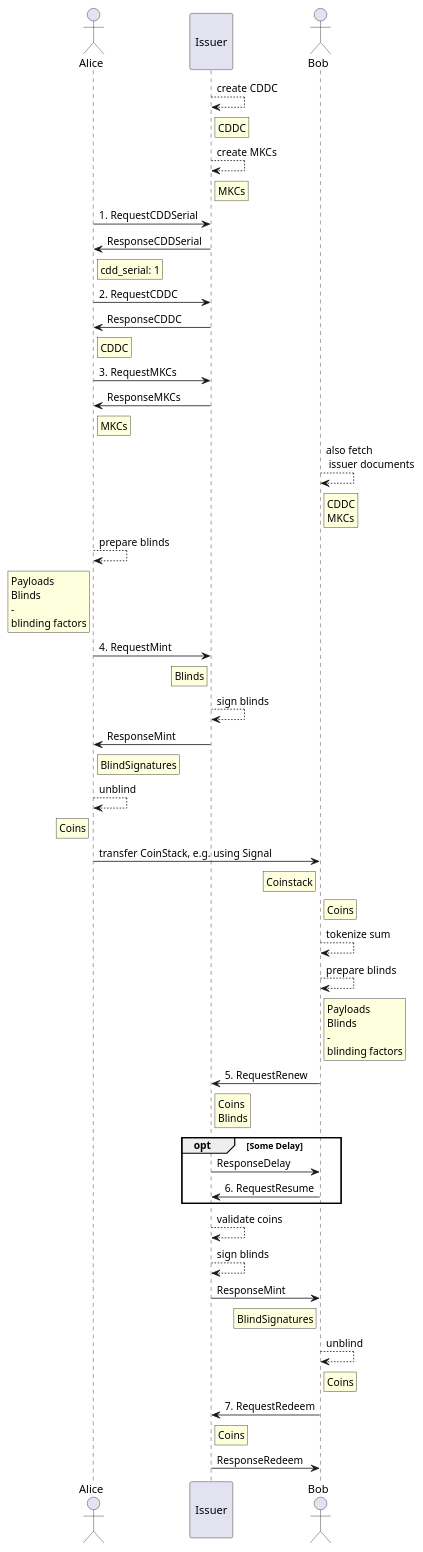
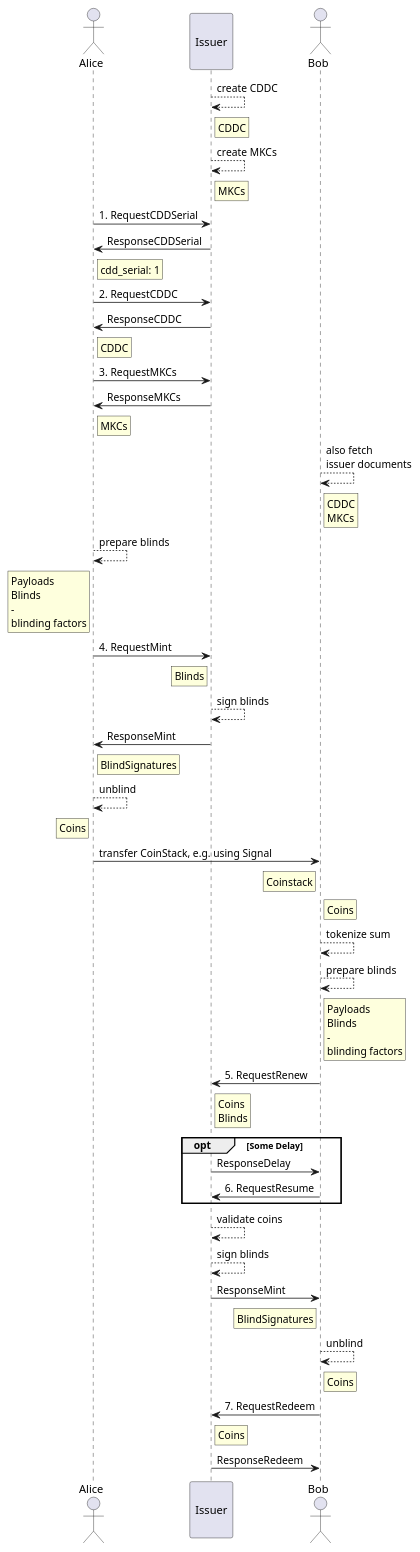
The diagram in v4/docs/sequence.puml (OpenCoin/opencoin-playground), drawn with PlantUML before and after one commit. The commit also changed 1 other file, not shown here.

Commit message:
plantuml wins

```diff
--- a/v4/docs/sequence.puml
+++ b/v4/docs/sequence.puml
@@ -1,75 +1,75 @@
 @startuml
 
 
 actor Alice as alice
 participant "\nIssuer\n" as  issuer
 actor Bob as bob
 
 issuer --> issuer: create CDDC
 rnote right of issuer: CDDC
 issuer --> issuer: create MKCs
 rnote right of issuer: MKCs
 
 
 alice->issuer: 1. RequestCDDSerial
 issuer->alice: ResponseCDDSerial
 rnote right of alice: cdd_serial: 1
 
 alice->issuer: 2. RequestCDDC
 issuer->alice:  ResponseCDDC
 rnote right of alice: CDDC
 
 alice->issuer: 3. RequestMKCs
 issuer->alice: ResponseMKCs
 rnote right of alice: MKCs
 
-bob-->bob: also fetch\n issuer documents
+bob-->bob: also fetch\nissuer documents
 rnote right of bob: CDDC\nMKCs
 
 alice --> alice: prepare blinds
 rnote left of alice: Payloads\nBlinds\n-\nblinding factors
 
 alice -> issuer: 4. RequestMint
 rnote left of issuer: Blinds
 
 issuer --> issuer: sign blinds
 
 issuer -> alice: ResponseMint
 rnote right of alice: BlindSignatures
 
 alice --> alice: unblind
 rnote left of alice: Coins
 
 alice -> bob: transfer CoinStack, e.g. using Signal
 rnote left of bob: Coinstack
 rnote right of bob: Coins
 
 bob --> bob: tokenize sum
 
 bob --> bob: prepare blinds
 rnote right of bob: Payloads\nBlinds\n-\nblinding factors
 
 bob -> issuer: 5. RequestRenew
 rnote right of issuer: Coins\nBlinds
 
 opt Some Delay
     issuer -> bob: ResponseDelay
     bob -> issuer: 6. RequestResume
 end
 
 issuer-->issuer: validate coins
 issuer --> issuer: sign blinds
 issuer -> bob: ResponseMint
 rnote left of bob: BlindSignatures
 
 bob --> bob: unblind
 rnote right of bob: Coins
 
 bob -> issuer: 7. RequestRedeem
 rnote right of issuer: Coins
 issuer->bob: ResponseRedeem
 
 
 
 
 @enduml
```
